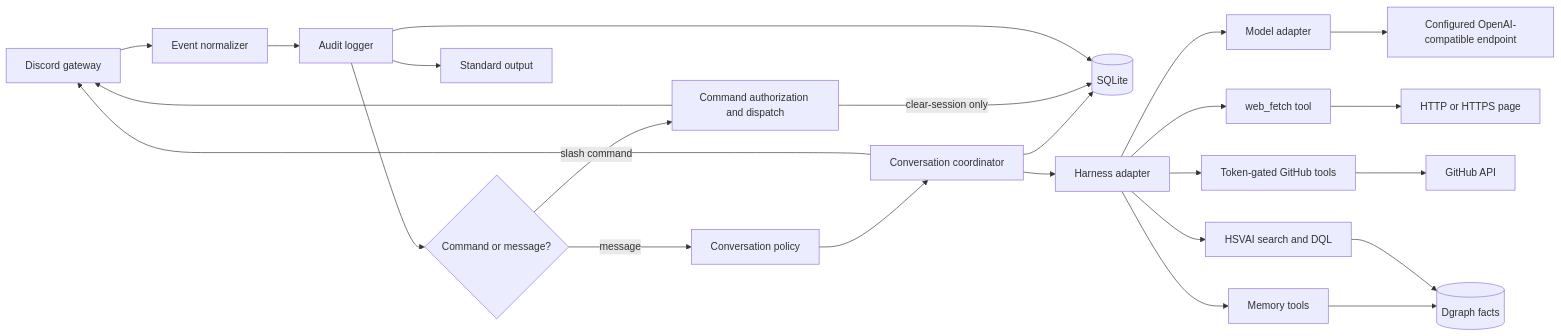
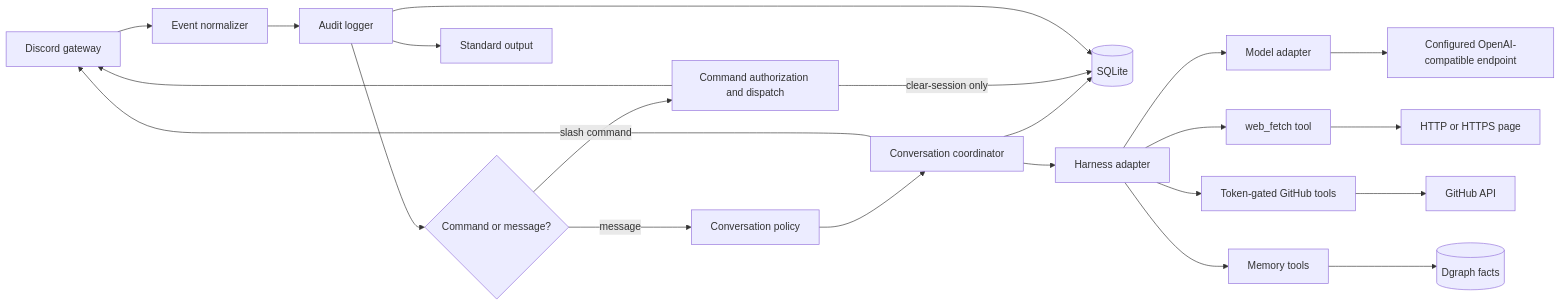
The diagram in design/rebuild-guide.md (HSV-AI/artemis), drawn with Mermaid before and after one commit. The commit also changed other lines of this file and 8 other files, not shown here.

````diff
--- a/design/rebuild-guide.md
+++ b/design/rebuild-guide.md
@@ -43,26 +42,24 @@
 ```mermaid
 flowchart LR
     Discord[Discord gateway] --> Normalize[Event normalizer]
     Normalize --> Audit[Audit logger]
     Audit --> Route{Command or message?}
     Route -->|slash command| Commands[Command authorization and dispatch]
     Route -->|message| Policy[Conversation policy]
     Policy --> Sessions[Conversation coordinator]
     Sessions --> Store[(SQLite)]
     Sessions --> Harness[Harness adapter]
     Harness --> Model[Model adapter]
     Harness --> WebFetch[web_fetch tool]
     Harness --> GitHubTools[Token-gated GitHub tools]
     Harness --> MemoryTools[Memory tools]
-    Harness --> KnowledgeTools[HSVAI search and DQL]
     WebFetch --> Web[HTTP or HTTPS page]
     GitHubTools --> GitHubAPI[GitHub API]
     MemoryTools --> Dgraph[(Dgraph facts)]
-    KnowledgeTools --> Dgraph
     Model --> Provider[Configured OpenAI-compatible endpoint]
     Commands -- clear-session only --> Store
     Commands --> Discord
     Sessions --> Discord
     Audit --> Console[Standard output]
     Audit --> Store
 ```
````
